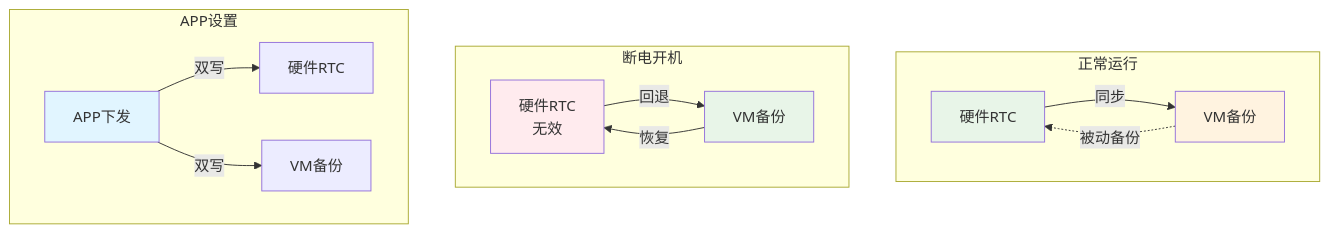
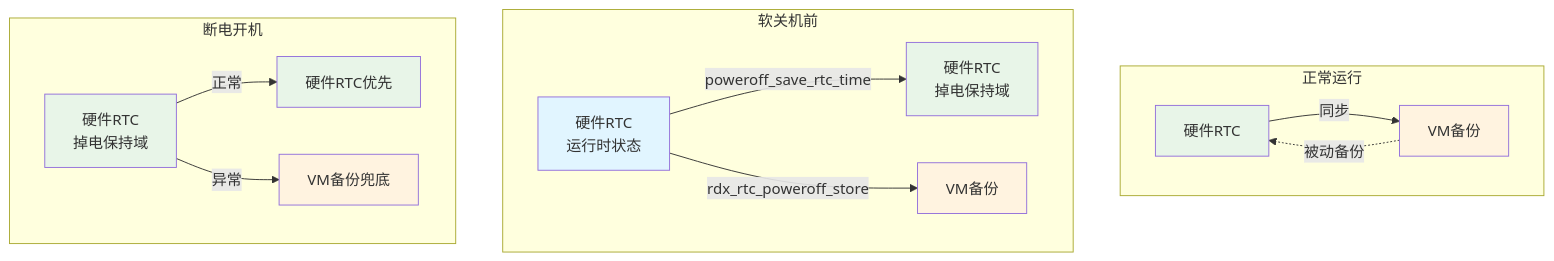
Before and after one commit to HK-bruc1/Work-Report: the ninth of 26 diagrams in 杰理相关/潮汐SDK/1.时钟与RTC/6.RTC的应用最佳实践.md, drawn with Mermaid. The commit also changed other lines of this file and 3 other files, not shown here.

````diff
--- a/杰理相关/潮汐SDK/1.时钟与RTC/6.RTC的应用最佳实践.md
+++ b/杰理相关/潮汐SDK/1.时钟与RTC/6.RTC的应用最佳实践.md
@@ -322,23 +506,26 @@
 ```mermaid
 graph TB
     subgraph "正常运行"
         A1[硬件RTC] -->|同步| A2[VM备份]
         A2 -.->|被动备份| A1
     end
 
-    subgraph "断电开机"
-        B1[硬件RTC<br/>无效] -->|回退| B2[VM备份]
-        B2 -->|恢复| B1
+    subgraph "软关机前"
+        B1[硬件RTC<br/>运行时状态] -->|poweroff_save_rtc_time| B2[硬件RTC<br/>掉电保持域]
+        B1 -->|rdx_rtc_poweroff_store| B3[VM备份]
     end
 
-    subgraph "APP设置"
-        C1[APP下发] -->|双写| C2[硬件RTC]
-        C1 -->|双写| C3[VM备份]
+    subgraph "断电开机"
+        C1[硬件RTC<br/>掉电保持域] -->|正常| C2[硬件RTC优先]
+        C1 -->|异常| C3[VM备份兜底]
     end
 
     style A1 fill:#e8f5e8
     style A2 fill:#fff3e0
-    style B1 fill:#ffebee
+    style B1 fill:#e1f5ff
     style B2 fill:#e8f5e8
-    style C1 fill:#e1f5ff
+    style B3 fill:#fff3e0
+    style C1 fill:#e8f5e8
+    style C2 fill:#e8f5e8
+    style C3 fill:#fff3e0
 ```
````
